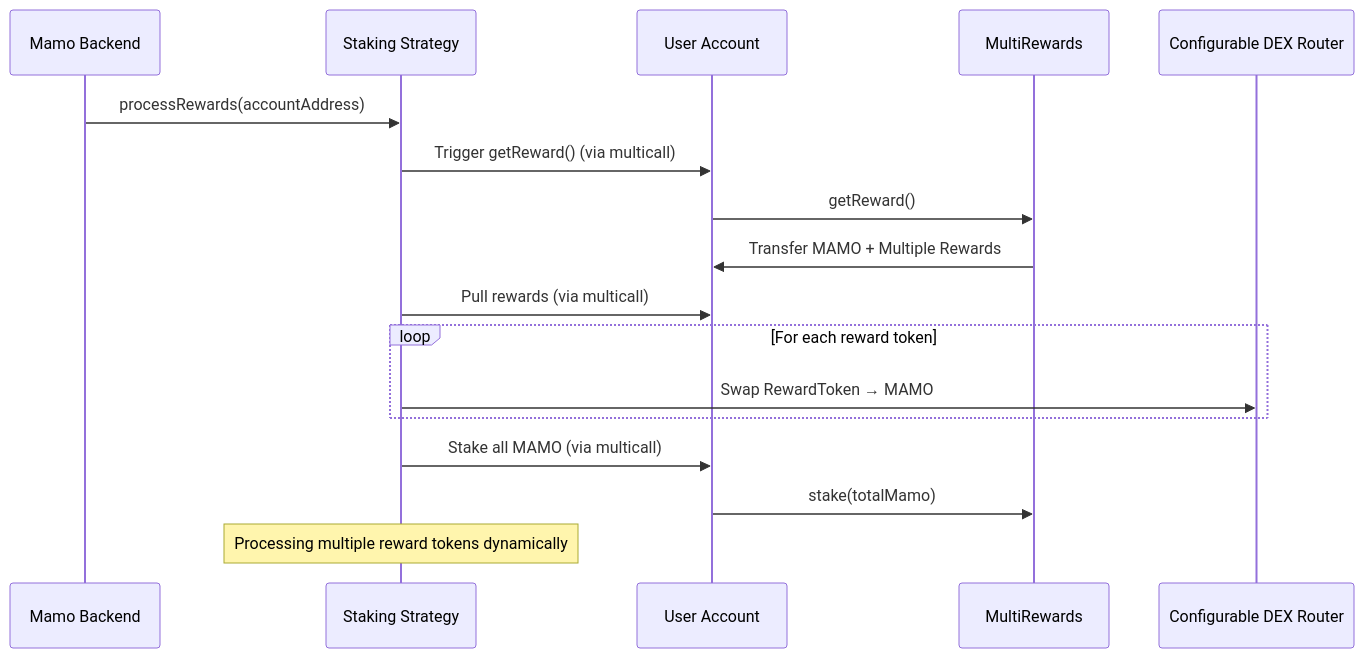
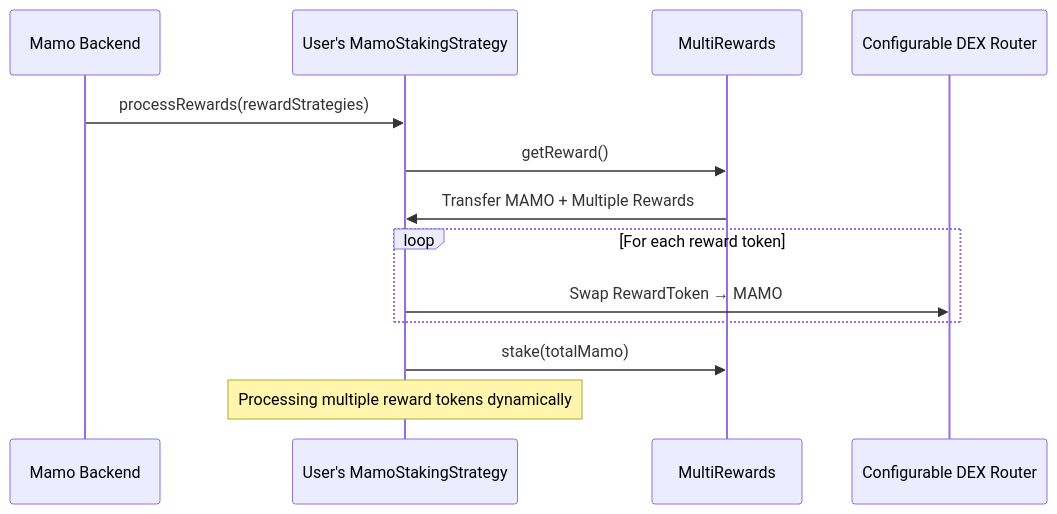
Before and after one commit to moonwell-fi/mamo-contracts: the second of 6 diagrams in docs/MAMO_STAKING_ARCHITECTURE.md, drawn with Mermaid. The commit also changed other lines of this file and 2 other files, not shown here.

First line of the commit message:
refactor: remove deprecated MamoAccount model, update staking architecture

````diff
--- a/docs/MAMO_STAKING_ARCHITECTURE.md
+++ b/docs/MAMO_STAKING_ARCHITECTURE.md
@@ -564,24 +234,19 @@
 ```mermaid
 sequenceDiagram
     participant Backend as Mamo Backend
-    participant Strategy as Staking Strategy
-    participant Account as User Account
+    participant Strategy as User's MamoStakingStrategy
     participant MultiRewards as MultiRewards
     participant DEX as Configurable DEX Router
 
-    Backend->>Strategy: processRewards(accountAddress)
-    Strategy->>Account: Trigger getReward() (via multicall)
-    Account->>MultiRewards: getReward()
-    MultiRewards->>Account: Transfer MAMO + Multiple Rewards
-    
-    Strategy->>Account: Pull rewards (via multicall)
+    Backend->>Strategy: processRewards(rewardStrategies)
+    Strategy->>MultiRewards: getReward()
+    MultiRewards->>Strategy: Transfer MAMO + Multiple Rewards
     
     loop For each reward token
         Strategy->>DEX: Swap RewardToken → MAMO
     end
     
-    Strategy->>Account: Stake all MAMO (via multicall)
-    Account->>MultiRewards: stake(totalMamo)
+    Strategy->>MultiRewards: stake(totalMamo)
     
     Note over Strategy: Processing multiple reward tokens dynamically
 ```
````
